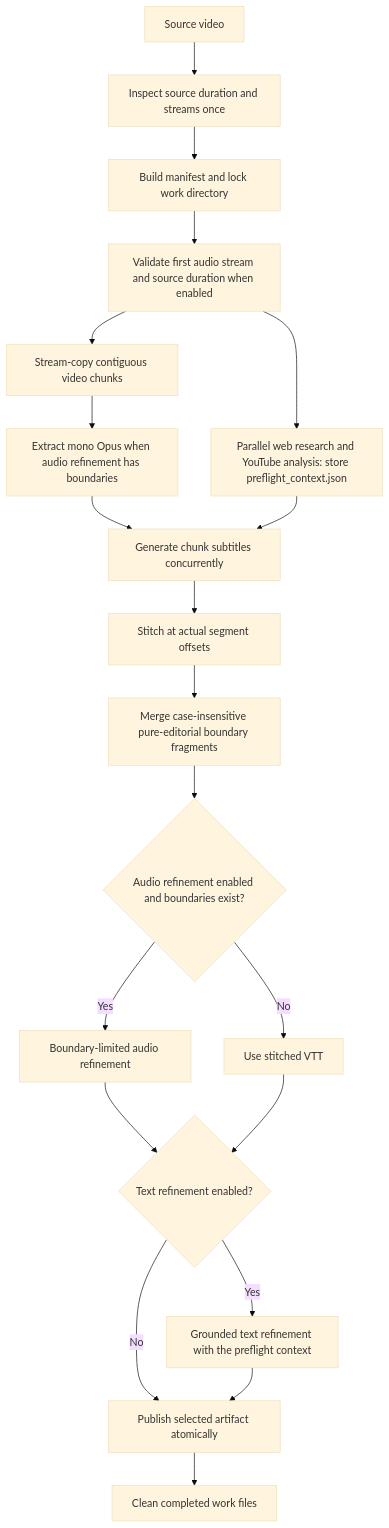
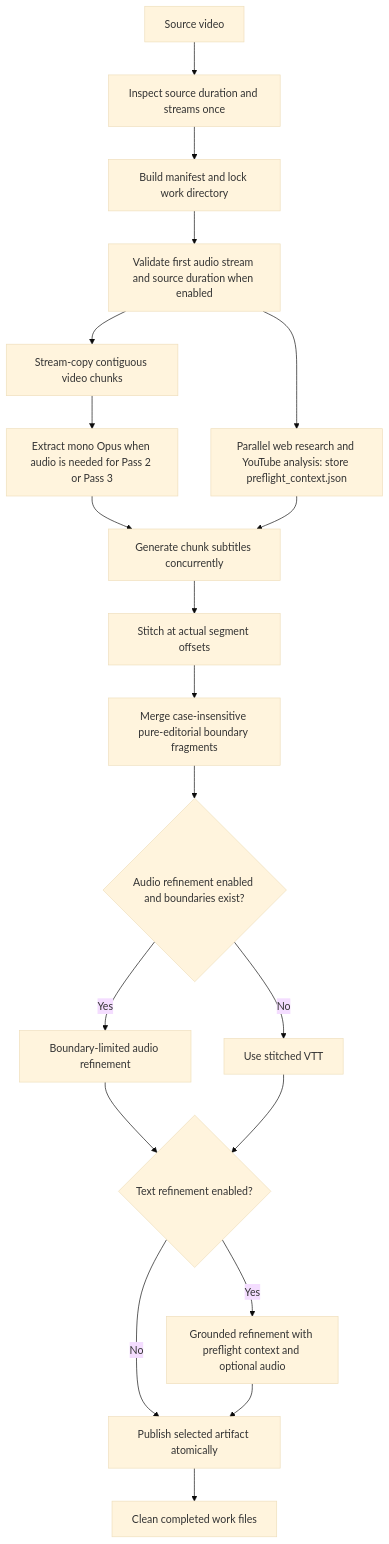
The second of 2 diagrams in CONTEXT.md (gotenksIN/video-subtitler), drawn with Mermaid (base theme) before and after one commit. The commit also changed other lines of this file and 6 other files, not shown here.

````diff
--- a/CONTEXT.md
+++ b/CONTEXT.md
@@ -37,22 +37,22 @@
 ```mermaid
 flowchart TD
     A[Source video] --> B[Inspect source duration and streams once]
     B --> C[Build manifest and lock work directory]
     C --> D[Validate first audio stream and source duration when enabled]
     D --> E[Parallel web research and YouTube analysis: store preflight_context.json]
     D --> F[Stream-copy contiguous video chunks]
-    F --> Q[Extract mono Opus when audio refinement has boundaries]
+    F --> Q[Extract mono Opus when audio is needed for Pass 2 or Pass 3]
     Q --> G[Generate chunk subtitles concurrently]
     E --> G
     G --> H[Stitch at actual segment offsets]
     H --> I[Merge case-insensitive pure-editorial boundary fragments]
     I --> J{Audio refinement enabled and boundaries exist?}
     J -->|Yes| K[Boundary-limited audio refinement]
     J -->|No| L[Use stitched VTT]
     K --> M{Text refinement enabled?}
     L --> M
-    M -->|Yes| N[Grounded text refinement with the preflight context]
+    M -->|Yes| N[Grounded refinement with preflight context and optional audio]
     M -->|No| O[Publish selected artifact atomically]
     N --> O
     O --> P[Clean completed work files]
 ```
````
